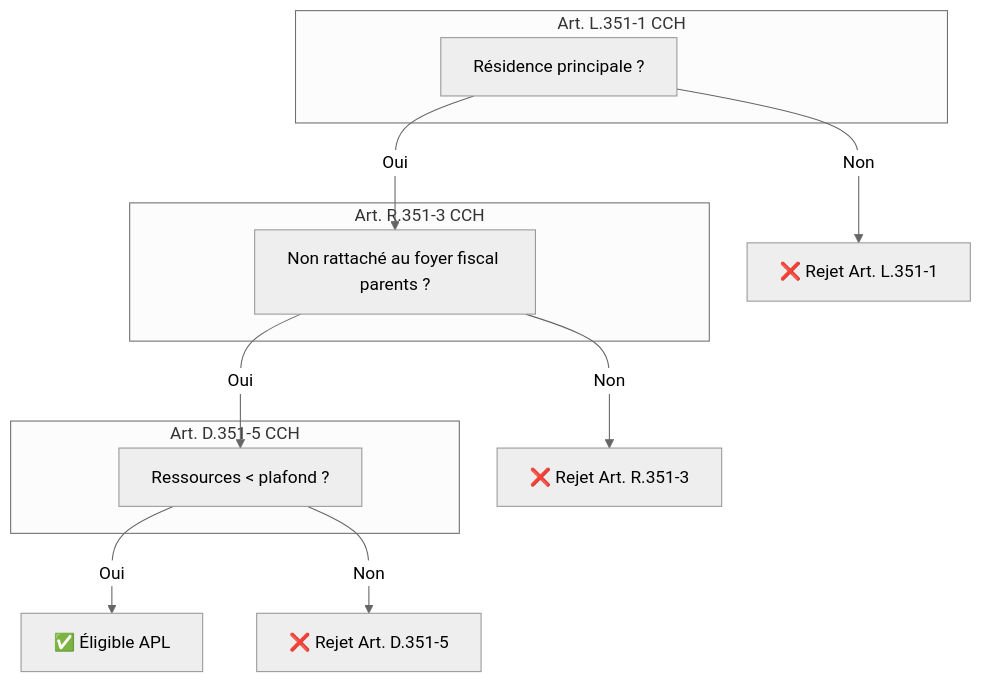
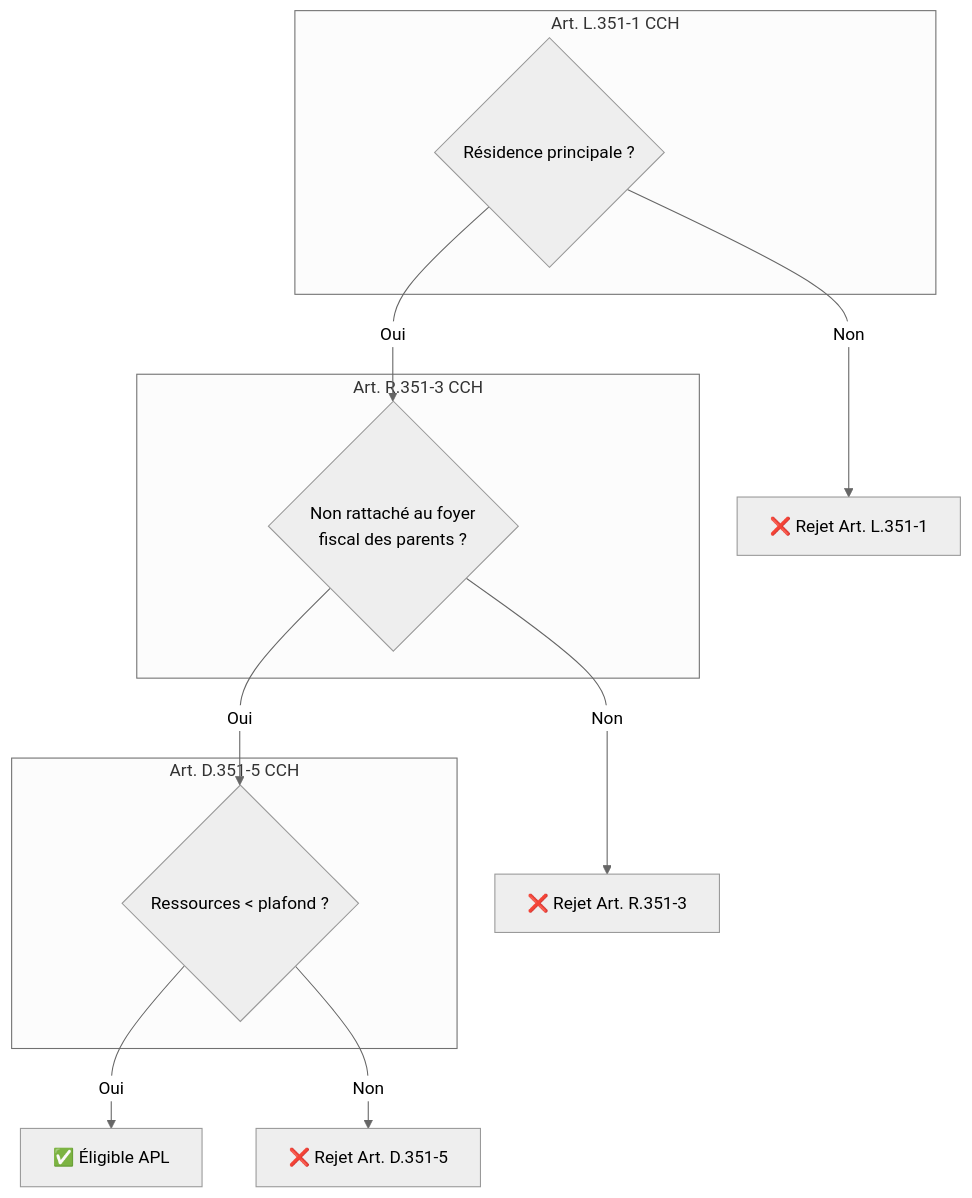
Before and after one commit to ShallowRed/aides-simplifiees-docs: the first of 6 diagrams in docs/99_annexe/ressources-visuelles.md, drawn with Mermaid (neutral theme). The commit also changed other lines of this file and 7 other files, not shown here.

````diff
--- a/docs/99_annexe/ressources-visuelles.md
+++ b/docs/99_annexe/ressources-visuelles.md
@@ -50,24 +18,21 @@
 ```mermaid
 flowchart TD
     subgraph "Art. L.351-1 CCH"
-        A1[Résidence principale ?]
+        A1{Résidence principale ?}
     end
     
     subgraph "Art. R.351-3 CCH"
-        A2[Non rattaché au foyer fiscal parents ?]
+        A2{Non rattaché au foyer<br/>fiscal des parents ?}
     end
     
     subgraph "Art. D.351-5 CCH"
-        A3[Ressources < plafond ?]
+        A3{Ressources < plafond ?}
     end
     
     A1 -->|Oui| A2
     A1 -->|Non| X1[❌ Rejet Art. L.351-1]
     A2 -->|Oui| A3
     A2 -->|Non| X2[❌ Rejet Art. R.351-3]
     A3 -->|Oui| OK[✅ Éligible APL]
     A3 -->|Non| X3[❌ Rejet Art. D.351-5]
-    
-    click A1 "https://legifrance.gouv.fr/codes/article_lc/LEGIARTI..."
-    click A2 "https://legifrance.gouv.fr/codes/article_lc/LEGIARTI..."
 ```
````
